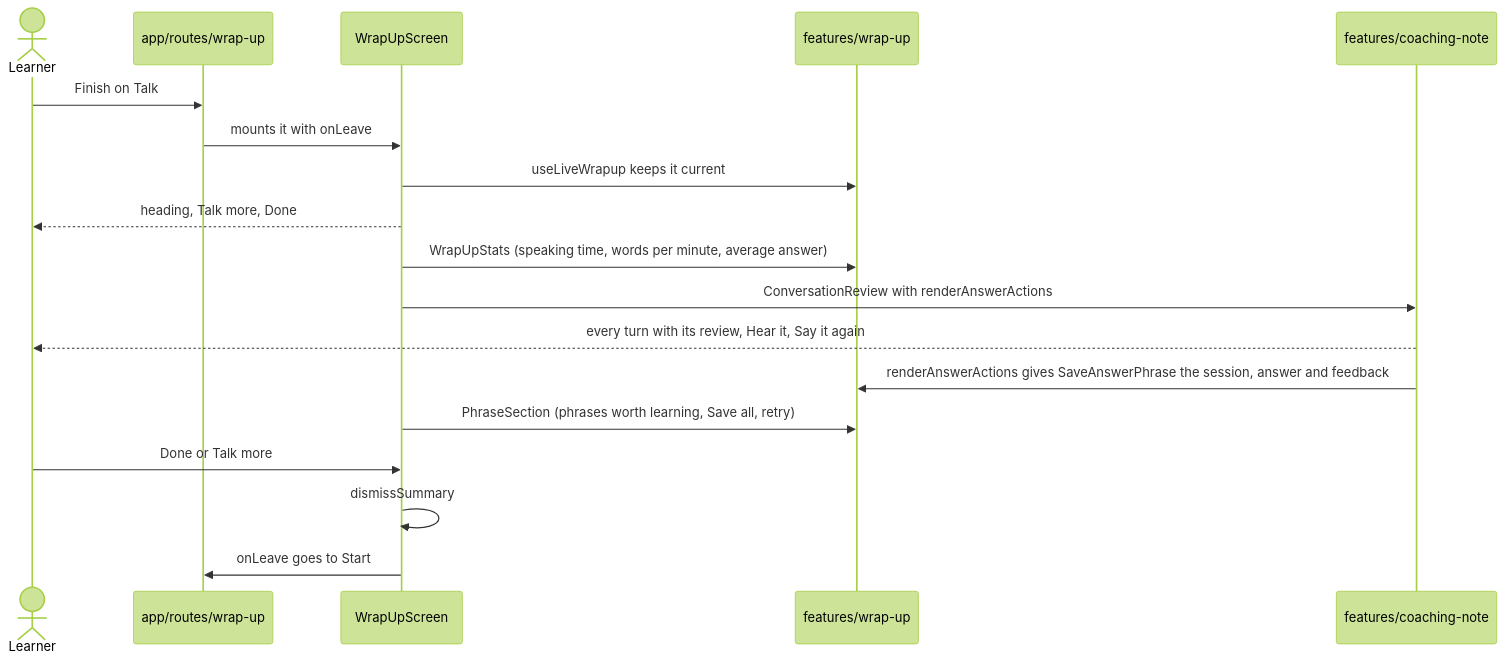
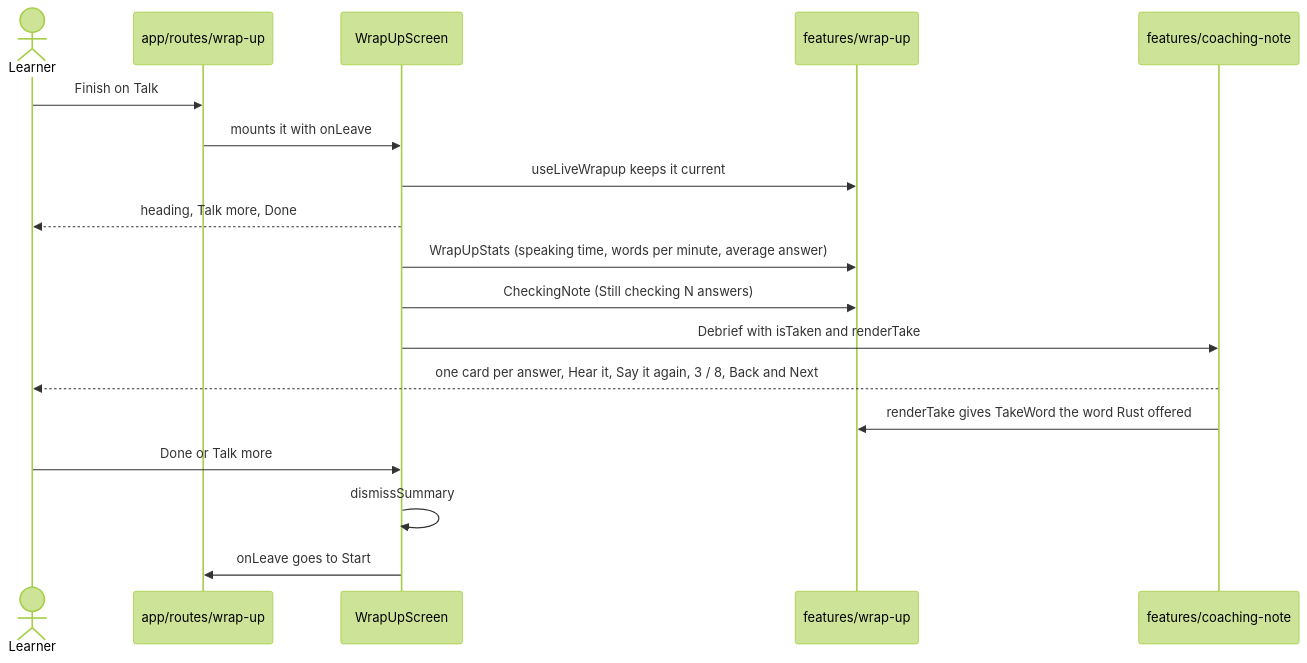
Before and after one commit to oleksii-latyshev/english-trainer: the diagram in src/screens/wrap-up/flow.md, drawn with Mermaid (forest theme). The commit also changed other lines of this file and 93 other files, not shown here.

First line of the commit message:
feat(coaching): step-by-step Debrief with better versions and words to take (#198)

````diff
--- a/src/screens/wrap-up/flow.md
+++ b/src/screens/wrap-up/flow.md
@@ -9,21 +9,21 @@
 ```mermaid
 sequenceDiagram
     actor Learner
     participant Route as app/routes/wrap-up
     participant Screen as WrapUpScreen
     participant WrapUp as features/wrap-up
     participant Review as features/coaching-note
 
     Learner->>Route: Finish on Talk
     Route->>Screen: mounts it with onLeave
     Screen->>WrapUp: useLiveWrapup keeps it current
     Screen-->>Learner: heading, Talk more, Done
     Screen->>WrapUp: WrapUpStats (speaking time, words per minute, average answer)
-    Screen->>Review: ConversationReview with renderAnswerActions
-    Review-->>Learner: every turn with its review, Hear it, Say it again
-    Review->>WrapUp: renderAnswerActions gives SaveAnswerPhrase the session, answer and feedback
-    Screen->>WrapUp: PhraseSection (phrases worth learning, Save all, retry)
+    Screen->>WrapUp: CheckingNote (Still checking N answers)
+    Screen->>Review: Debrief with isTaken and renderTake
+    Review-->>Learner: one card per answer, Hear it, Say it again, 3 / 8, Back and Next
+    Review->>WrapUp: renderTake gives TakeWord the word Rust offered
     Learner->>Screen: Done or Talk more
     Screen->>Screen: dismissSummary
     Screen->>Route: onLeave goes to Start
 ```
````
